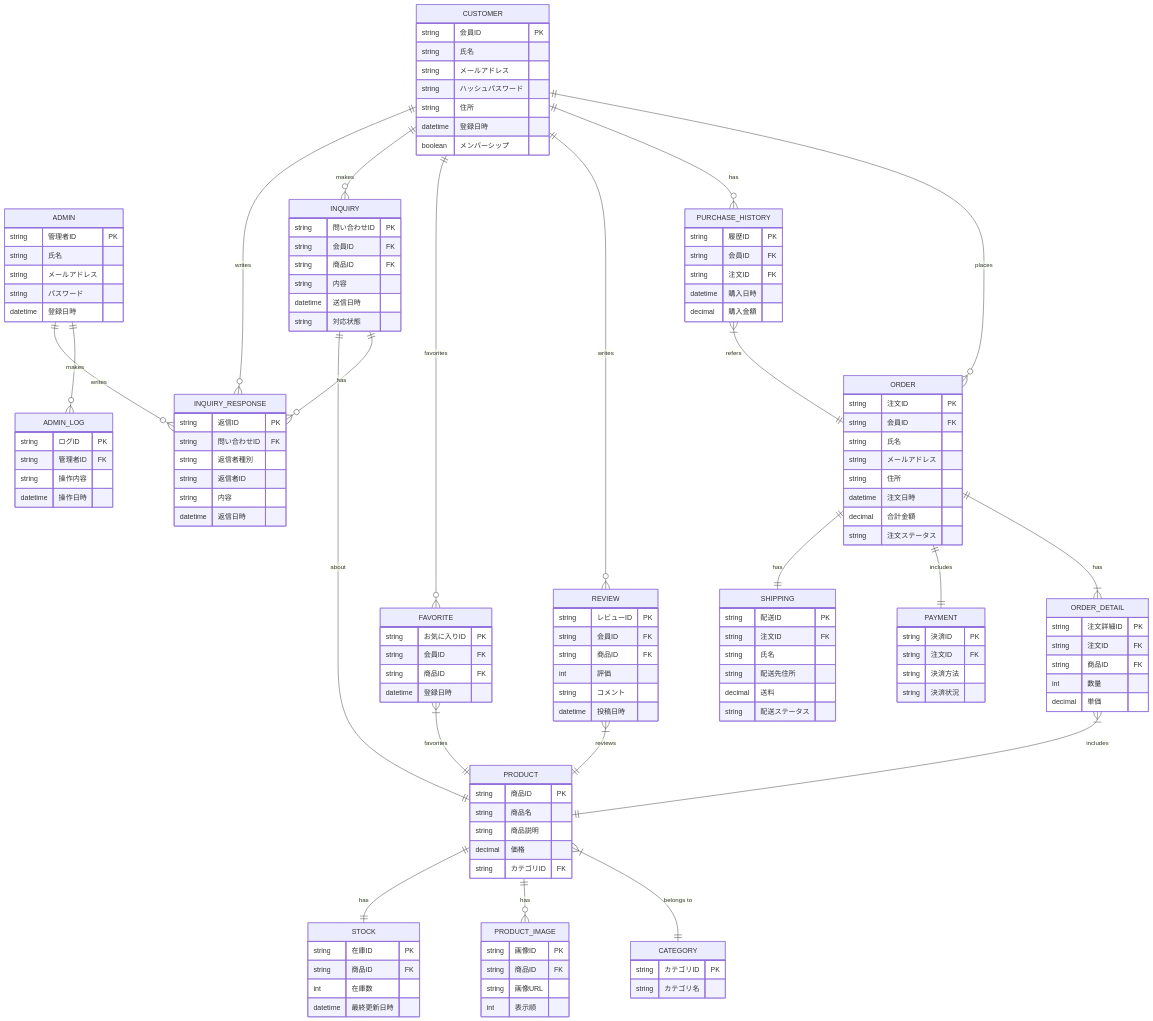
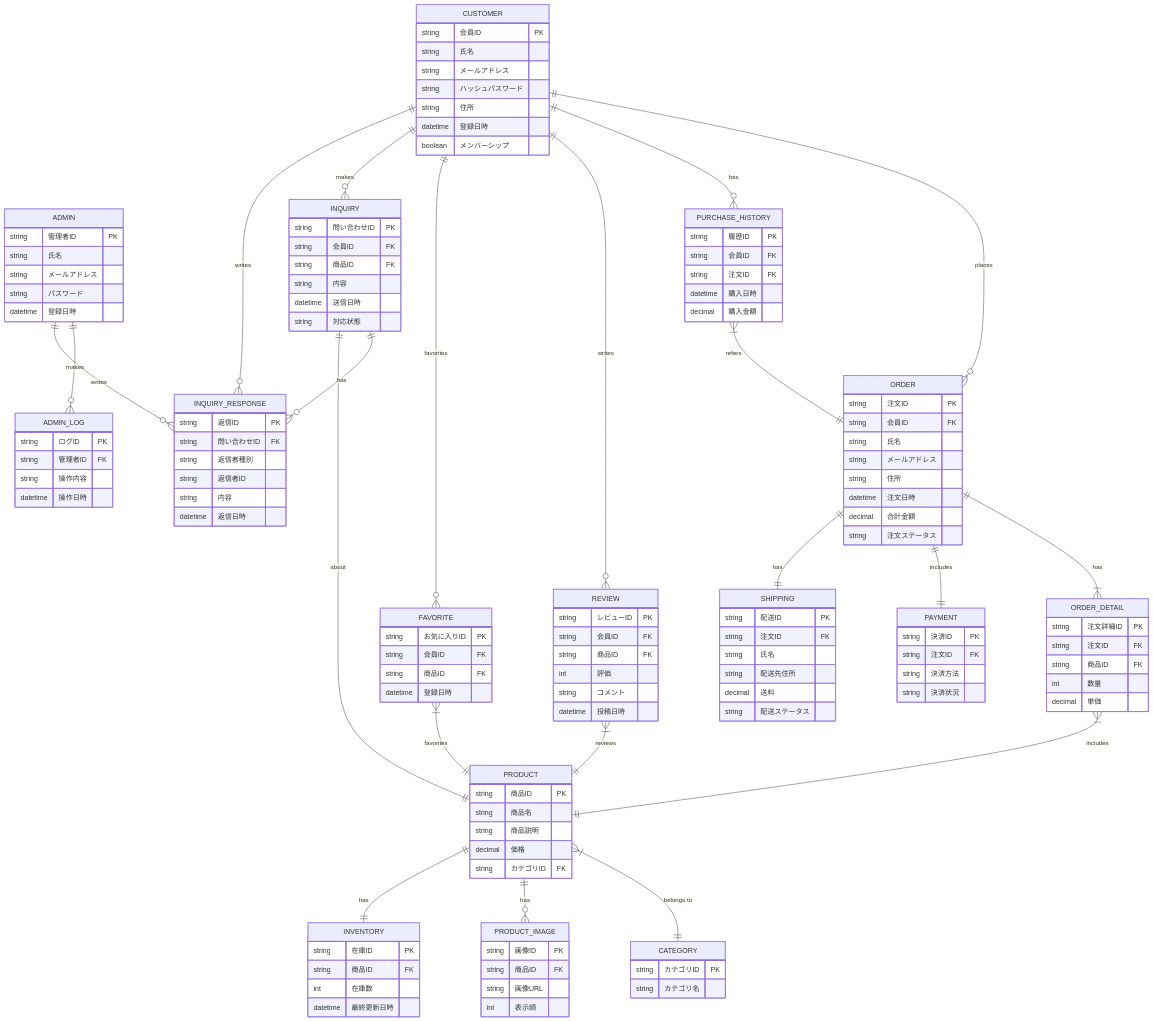
The fifth of 5 diagrams in 基本設計/D.md (YUKlT0/Equipe), drawn with Mermaid before and after one commit. The commit also changed other lines of this file, not shown here.

```diff
--- a/基本設計/D.md
+++ b/基本設計/D.md
@@ -423,7 +423,7 @@
     ORDER ||--|| SHIPPING : "has"
     ADMIN ||--o{ ADMIN_LOG : "makes"
 
-    PRODUCT ||--|| STOCK : "has"
+    PRODUCT ||--|| INVENTORY : "has"
     CUSTOMER ||--o{ PURCHASE_HISTORY : "has"
     CUSTOMER ||--o{ REVIEW : "writes"
     CUSTOMER ||--o{ FAVORITE : "favorites"
@@ -517,7 +517,7 @@
         string 決済状況
     }
 
-    STOCK {
+    INVENTORY {
         string 在庫ID PK
         string 商品ID FK
         int 在庫数
```
